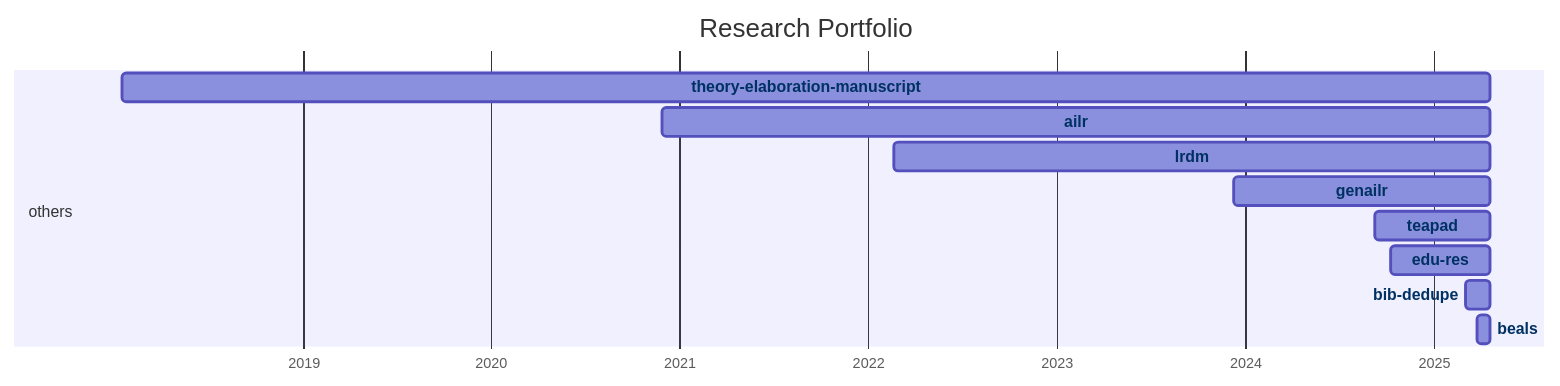
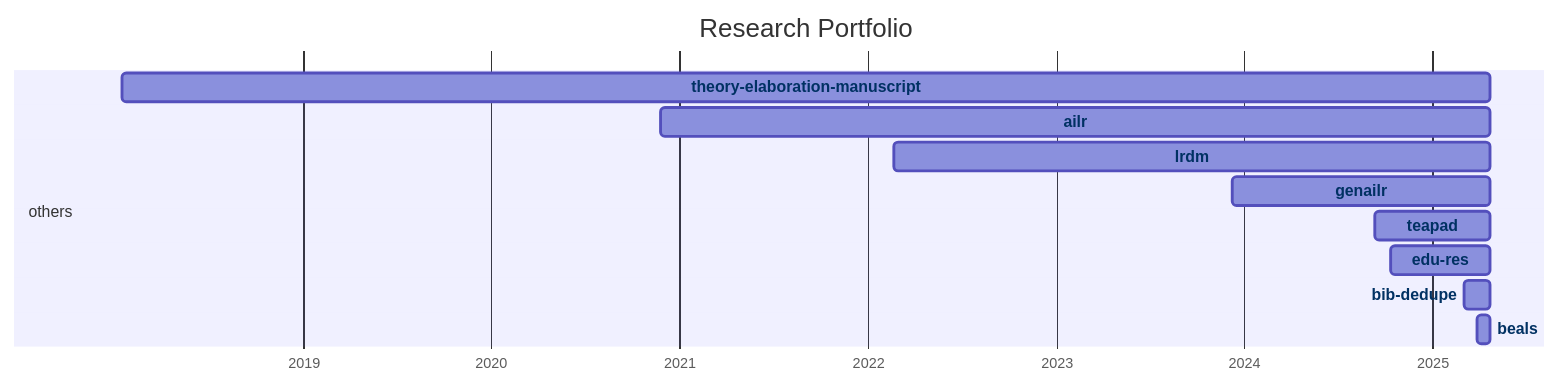
The diagram in docs/20-research/25-projects-gantt.md (digital-work-lab/handbook), drawn with Mermaid before and after one commit.

Commit message:
Update repository overview

````diff
--- a/docs/20-research/25-projects-gantt.md
+++ b/docs/20-research/25-projects-gantt.md
@@ -8,35 +8,35 @@
 ```mermaid
 ---
 displayMode: compact
 ---
 gantt
 title Research Portfolio
 dateFormat YYYY-MM-DD
 axisFormat %Y
 
     section work_practices
 
     section distributed_organizing
 
     section knowledge_synthesis
 
     section others
-        beals :beals, 2025-03-28, 2025-04-21
-        bib-dedupe :bib-dedupe, 2025-03-04, 2025-04-21
-        edu-res :edu-res, 2024-10-10, 2025-04-21
-        teapad :teapad, 2024-09-10, 2025-04-21
-        genailr :genailr, 2023-12-10, 2025-04-21
-        lrdm :lrdm, 2022-02-20, 2025-04-21
-        ailr :ailr, 2020-11-26, 2025-04-21
-        theory-elaboration-manuscript :theory-elaboration-manuscript, 2018-01-15, 2025-04-21
+        beals :beals, 2025-03-28, 2025-04-22
+        bib-dedupe :bib-dedupe, 2025-03-04, 2025-04-22
+        edu-res :edu-res, 2024-10-10, 2025-04-22
+        teapad :teapad, 2024-09-10, 2025-04-22
+        genailr :genailr, 2023-12-10, 2025-04-22
+        lrdm :lrdm, 2022-02-20, 2025-04-22
+        ailr :ailr, 2020-11-26, 2025-04-22
+        theory-elaboration-manuscript :theory-elaboration-manuscript, 2018-01-15, 2025-04-22
 
 
     click beals href "{{ site.baseurl }}/docs/20-research/25-projects/_repos/beals"
     click bib-dedupe href "{{ site.baseurl }}/docs/20-research/25-projects/_repos/bib-dedupe"
     click edu-res href "{{ site.baseurl }}/docs/20-research/25-projects/_repos/edu-res"
     click teapad href "{{ site.baseurl }}/docs/20-research/25-projects/_repos/teapad"
     click genailr href "{{ site.baseurl }}/docs/20-research/25-projects/_repos/genailr"
     click lrdm href "{{ site.baseurl }}/docs/20-research/25-projects/_repos/lrdm"
     click ailr href "{{ site.baseurl }}/docs/20-research/25-projects/_repos/ailr"
     click theory-elaboration-manuscript href "{{ site.baseurl }}/docs/20-research/25-projects/_repos/theory-elaboration-manuscript"
 ```
````
